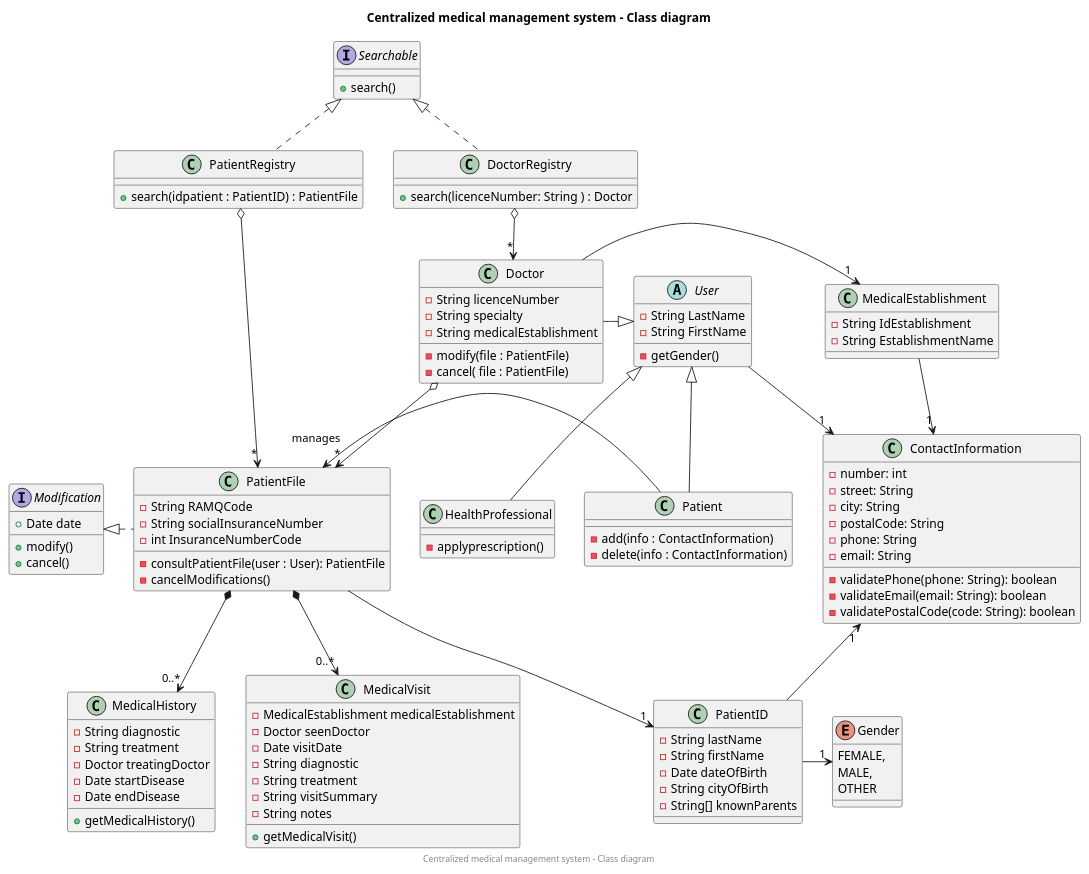
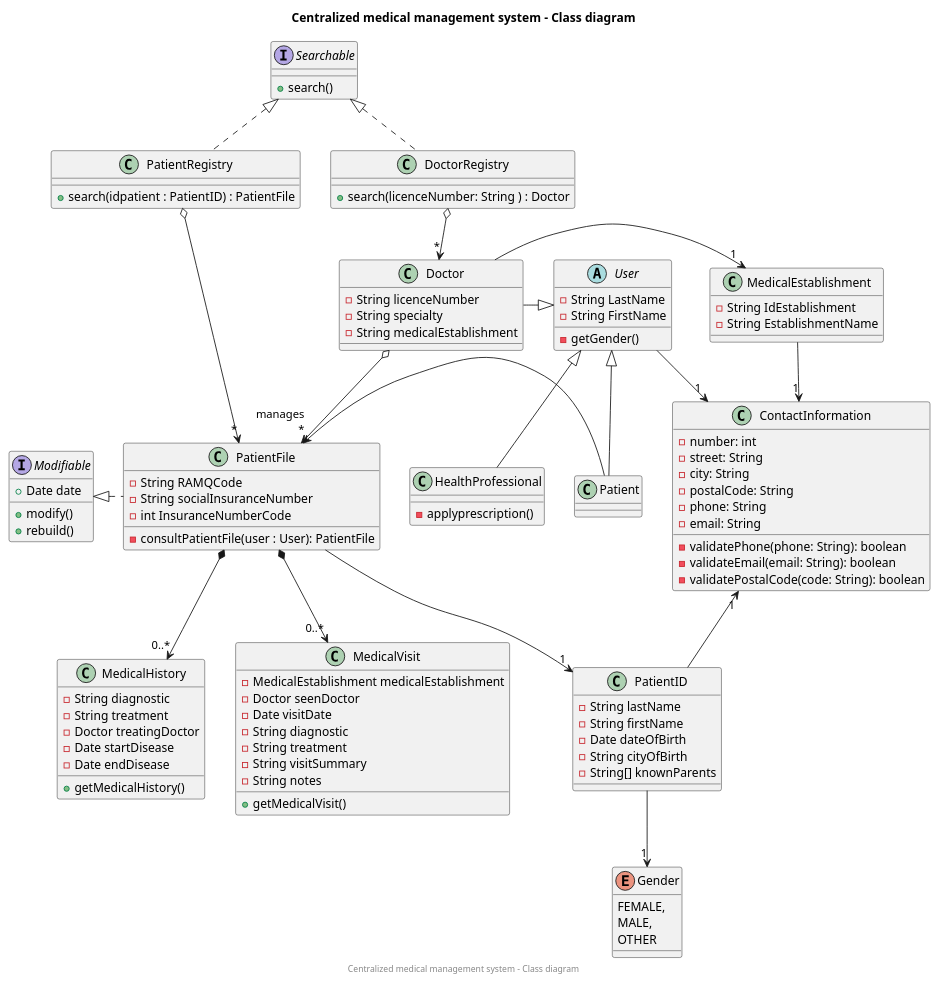
The diagram in Models/plantuml/class.puml (AmineSdi/PROJET_JAVAFX), drawn with PlantUML before and after one commit.

Commit message:
Modifie l'interface modifiable
- Enleve la fonction cancel() de l'Interface 'Modification'

- Change le nom de l'interface Modification pour 'Modifiable'

- Met la fonction rebuild() dans  l'interface Modifiable.

- Enleve modify() et cancel() dans Doctor, et add() et delete() dans Patient.

- Enleve cancelModifications() dans PatientFile.

```diff
--- a/Models/plantuml/class.puml
+++ b/Models/plantuml/class.puml
@@ -1,160 +1,157 @@
 @startuml
 title Centralized medical management system - Class diagram
 center footer Centralized medical management system - Class diagram
 
 ' TODO : Methods for each class.
 ' TODO : Add responsibilities? interfaces?
 ' TODO : clean up
 
 class PatientRegistry {
 + search(idpatient : PatientID) : PatientFile
 }
 PatientRegistry o-> "*" PatientFile
 
 interface Searchable {
 + search()
 }
 Searchable <|.. DoctorRegistry
 Searchable <|.. PatientRegistry
 
 class DoctorRegistry {
 + search(licenceNumber: String ) : Doctor
 }
 DoctorRegistry o--> "*" Doctor
 
 class PatientFile{
      -String RAMQCode
      -String socialInsuranceNumber
      -int InsuranceNumberCode
 '    -PatientID patientID
 '    -MedicalVisits[] medicalVisits
 '    -MedicalHistory[] medicalHistory
 
     'PRIVATE METHODS
     - consultPatientFile(user : User): PatientFile
-    - cancelModifications()
 }
 
 abstract class User{
 - String LastName
 - String FirstName
 {method} - getGender()
 }
 
 
 
 
 class Patient{
-{method}- add(info : ContactInformation)
--delete(info : ContactInformation)
+{method}
 }
 PatientFile <- Patient
 
 User <|-- Patient
 User -->"1" ContactInformation
 
 
 class HealthProfessional{
 {method} - applyprescription()
 }
 
 User <|-- HealthProfessional
 
 class MedicalEstablishment{
 
 - String IdEstablishment
 - String EstablishmentName
 
 }
 MedicalEstablishment ->"1" ContactInformation
 Doctor ->"1" MedicalEstablishment
 
 class MedicalHistory{
     -String diagnostic
     -String treatment
     -Doctor treatingDoctor
     -Date startDisease
     -Date endDisease
 '   -DatePair datePair
 {method} + getMedicalHistory()
 }
 
 class MedicalVisit{
     -MedicalEstablishment medicalEstablishment
     -Doctor seenDoctor
     -Date visitDate
     -String diagnostic
     -String treatment
     -String visitSummary
     -String notes
 {method} +getMedicalVisit()
 }
 
 class Doctor{
     -String licenceNumber
     -String specialty
     -String medicalEstablishment
-{method}-modify(file : PatientFile)
--cancel( file : PatientFile)
+{method}
 
 }
 
 class PatientID {
     -String lastName
     -String firstName
     -Date dateOfBirth
     -String cityOfBirth
     -String[] knownParents
 }
 
 class ContactInformation {
     - number: int
     - street: String
     - city: String
     - postalCode: String
     - phone: String
     - email: String
 '    + modifyContactInfo()
     - validatePhone(phone: String): boolean
     - validateEmail(email: String): boolean
     - validatePostalCode(code: String): boolean
 }
 
 'class Interface{
 '}
 
 
 
-interface Modification {
+interface Modifiable {
 + Date date
 {method}+modify()
-+ cancel()
++rebuild()
 
 }
-Modification <|. PatientFile
+Modifiable  <|. PatientFile
 
 enum Gender{
     FEMALE,
     MALE,
     OTHER
 }
 
 'Interface -- Doctor
 'Interface -- PatientFile
 
 Doctor o--> "manages\r*" PatientFile
 Doctor -|> User
 
 PatientFile --> "1" PatientID
 PatientFile *--> "0..*" MedicalHistory
 PatientFile *--> "0..*" MedicalVisit
 
 
 
-PatientID -> "1" Gender
+PatientID --> "1" Gender
 
 ContactInformation "1" <- PatientID
 
 
 
 @enduml
```
